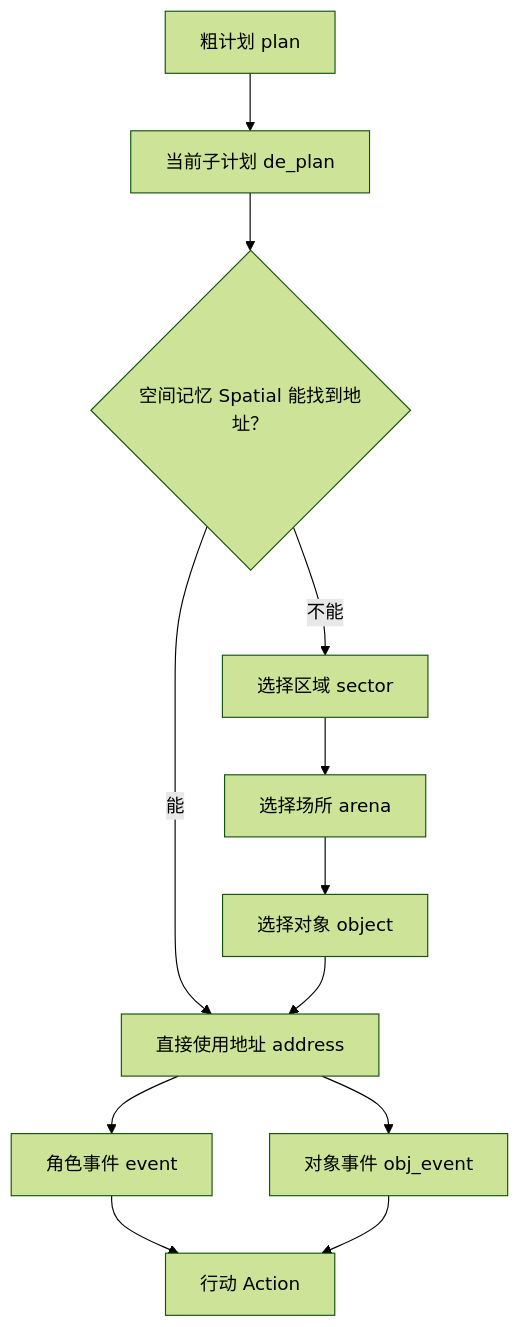
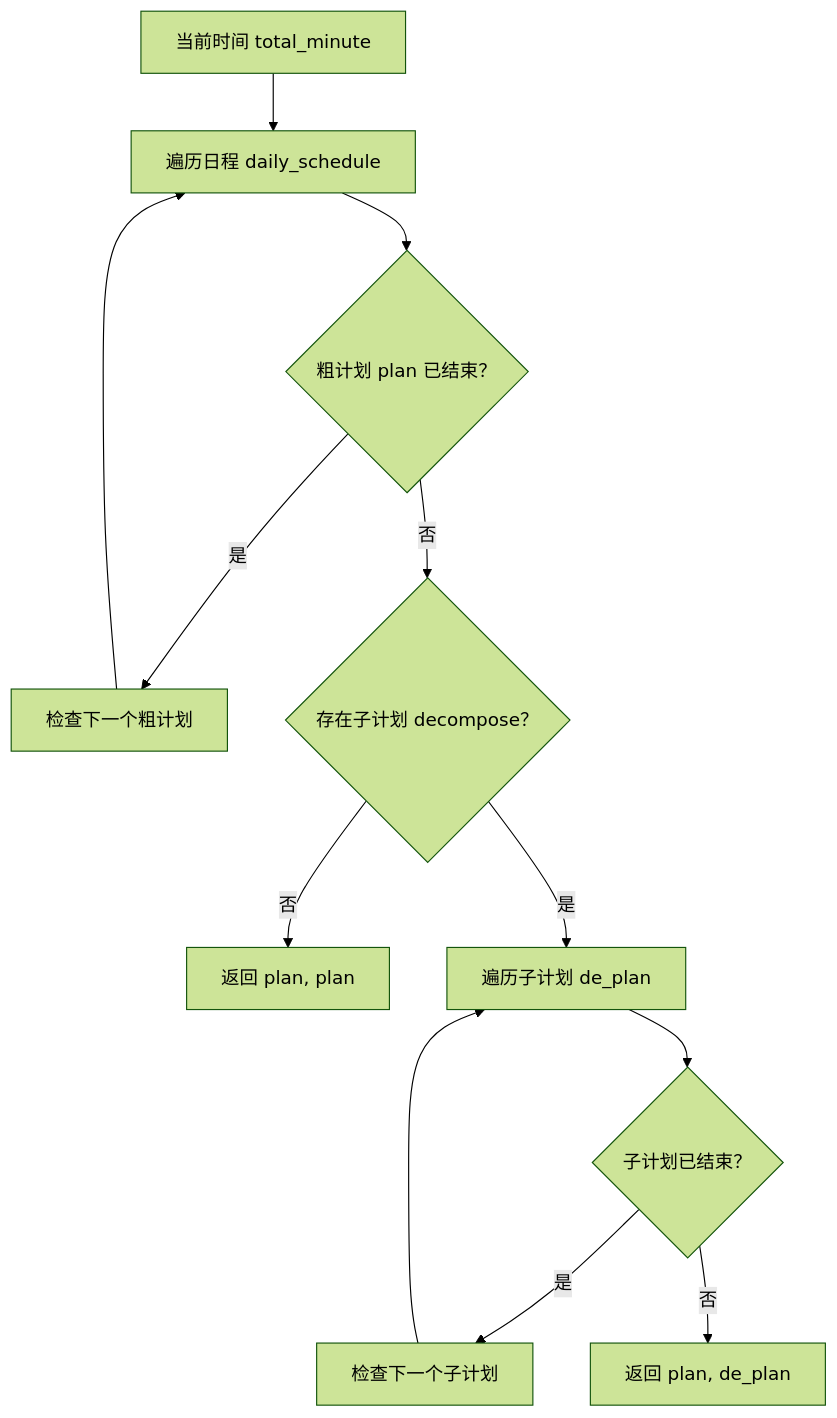
Before and after one commit to tbkken/GenerativeAgentsCN: the third of 4 diagrams in docs/book/manuscript/part_01/chapter_08.md, drawn with Mermaid (forest theme). The commit also changed other lines of this file and 78 other files, not shown here.

````diff
--- a/docs/book/manuscript/part_01/chapter_08.md
+++ b/docs/book/manuscript/part_01/chapter_08.md
@@ -1024,14 +491,14 @@
 ```mermaid
 flowchart TD
-    Plan["粗计划 plan"] --> Current["当前子计划 de_plan"]
-    Current --> Spatial{"空间记忆 Spatial 能找到地址？"}
-    Spatial -->|能| Address["直接使用地址 address"]
-    Spatial -->|不能| Sector["选择区域 sector"]
-    Sector --> Arena["选择场所 arena"]
-    Arena --> Object["选择对象 object"]
-    Object --> Address
-    Address --> Event["角色事件 event"]
-    Address --> ObjEvent["对象事件 obj_event"]
-    Event --> Action["行动 Action"]
-    ObjEvent --> Action
+    Time["当前时间 total_minute"] --> Loop["遍历日程 daily_schedule"]
+    Loop --> Ended{"粗计划 plan 已结束？"}
+    Ended -- "是" --> Next["检查下一个粗计划"]
+    Ended -- "否" --> HasSub{"存在子计划 decompose？"}
+    HasSub -- "否" --> PairA["返回 plan, plan"]
+    HasSub -- "是" --> SubLoop["遍历子计划 de_plan"]
+    SubLoop --> SubEnded{"子计划已结束？"}
+    SubEnded -- "是" --> NextSub["检查下一个子计划"]
+    SubEnded -- "否" --> PairB["返回 plan, de_plan"]
+    Next --> Loop
+    NextSub --> SubLoop
 ```
````
